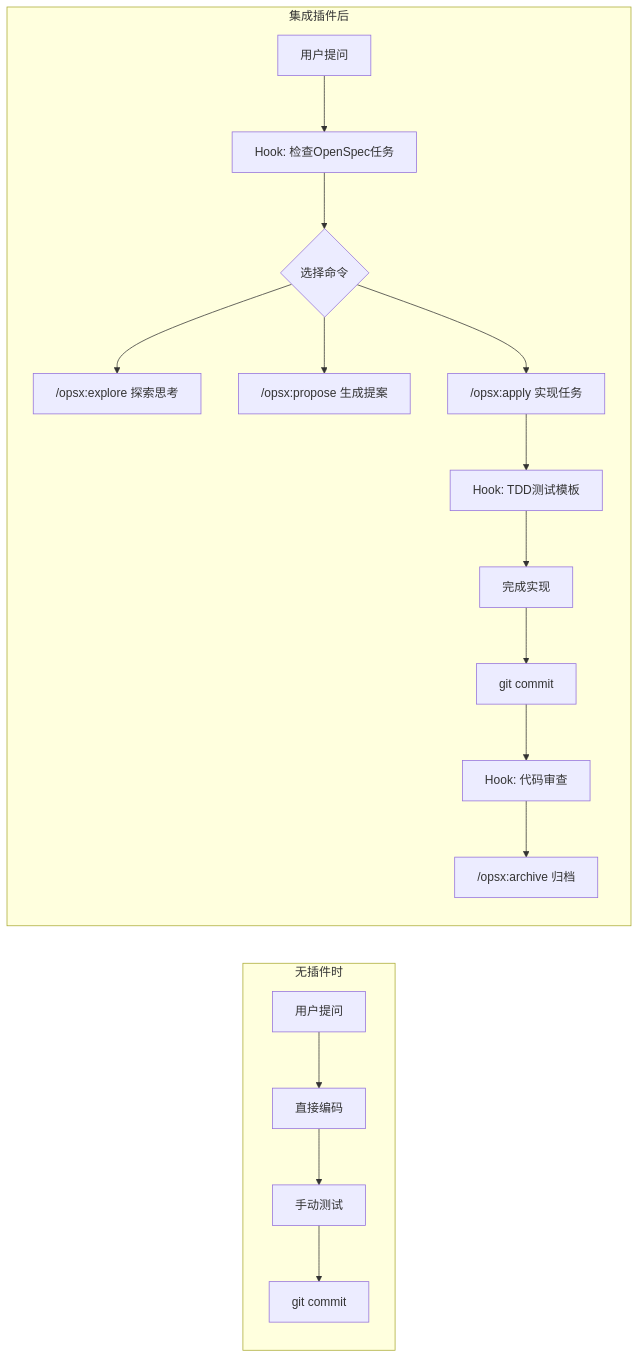
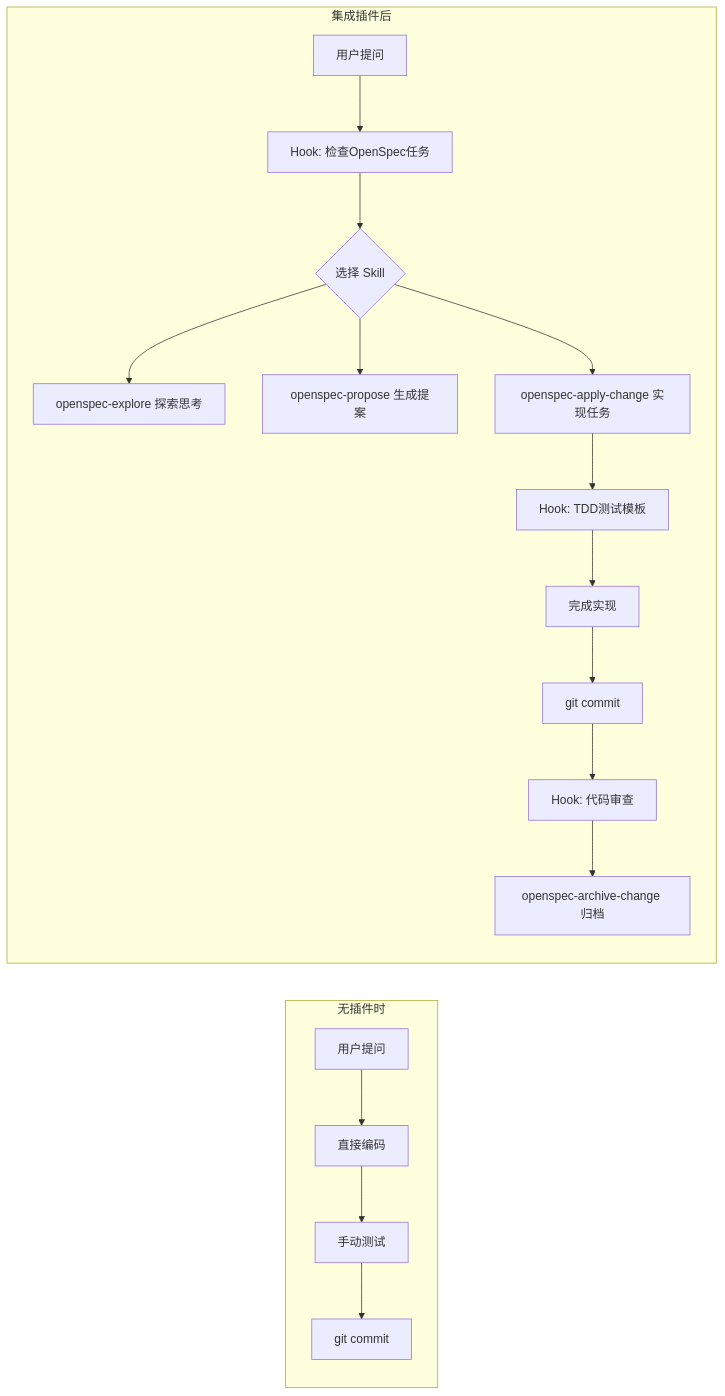
The diagram in README.md (fisher-89/agent-plugins), drawn with Mermaid before and after one commit. The commit also changed other lines of this file, not shown here.

````diff
--- a/README.md
+++ b/README.md
@@ -7,21 +7,21 @@
 ```mermaid
 flowchart LR
     subgraph 无插件时
         A1[用户提问] --> A2[直接编码]
         A2 --> A3[手动测试]
         A3 --> A4[git commit]
-    end 
+    end
 
     subgraph 集成插件后
         B1[用户提问] --> B2[Hook: 检查OpenSpec任务]
-        B2 --> B3{选择命令}
-        B3 --> B4["/"opsx:explore 探索思考]
-        B3 --> B5["/"opsx:propose 生成提案]
-        B3 --> B6["/"opsx:apply 实现任务]
+        B2 --> B3{选择 Skill}
+        B3 --> B4[openspec-explore 探索思考]
+        B3 --> B5[openspec-propose 生成提案]
+        B3 --> B6[openspec-apply-change 实现任务]
         B6 --> B7[Hook: TDD测试模板]
         B7 --> B8[完成实现]
         B8 --> B9[git commit]
         B9 --> B10[Hook: 代码审查]
-        B10 --> B11["/"opsx:archive 归档]
+        B10 --> B11[openspec-archive-change 归档]
     end
 ```
````
